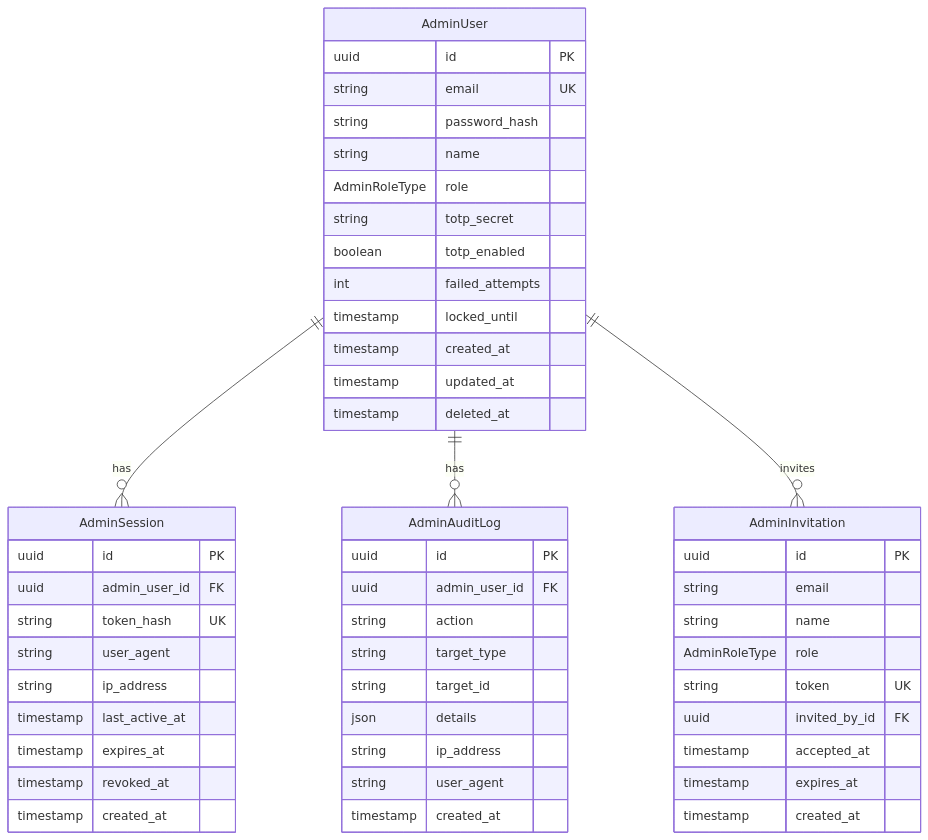
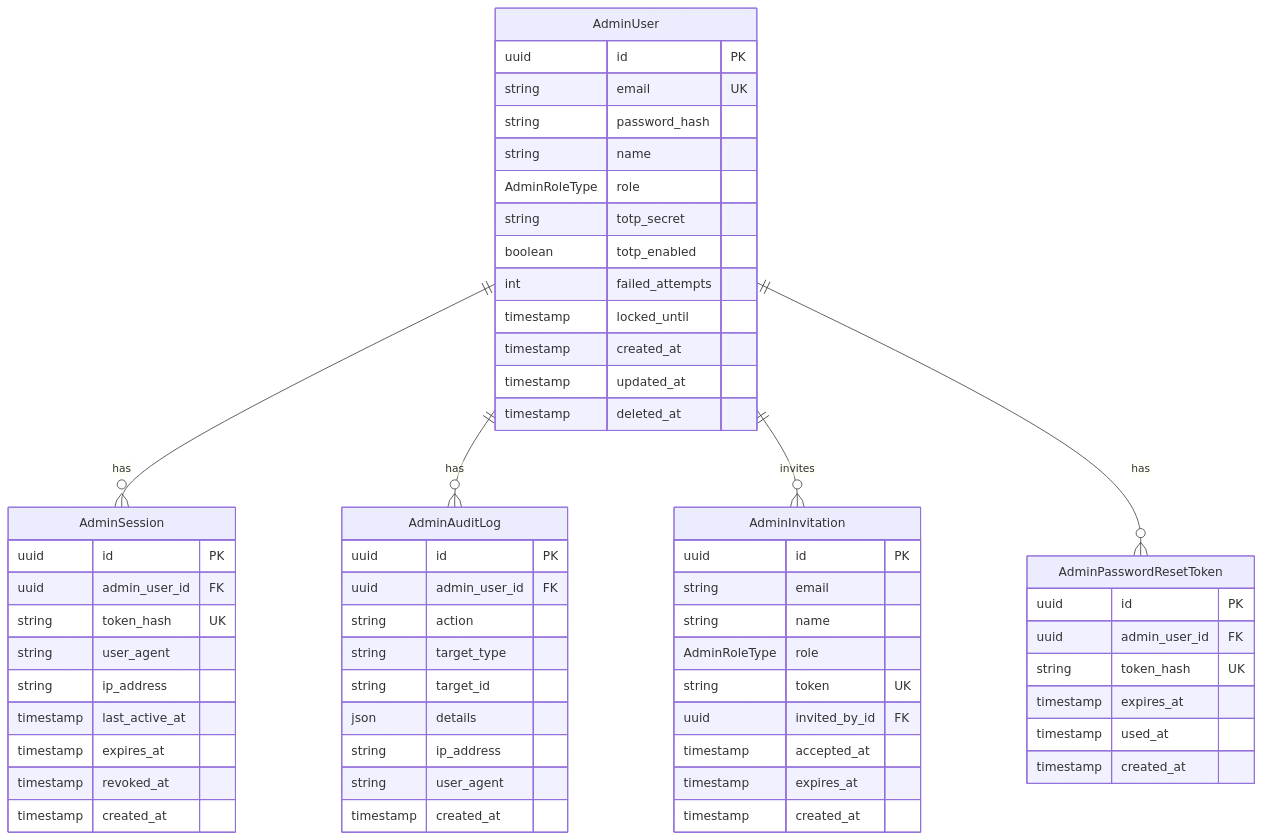
One commit to tsutsumi389/agentest changed the diagram in docs/architecture/database/admin-auth.md. Above: the diagram before and after it, drawn with Mermaid. The commit also changed other lines of this file and 16 other files, not shown here.

````diff
--- a/docs/architecture/database/admin-auth.md
+++ b/docs/architecture/database/admin-auth.md
@@ -196,57 +236,67 @@
 ```mermaid
 erDiagram
     AdminUser ||--o{ AdminSession : "has"
     AdminUser ||--o{ AdminAuditLog : "has"
     AdminUser ||--o{ AdminInvitation : "invites"
+    AdminUser ||--o{ AdminPasswordResetToken : "has"
 
     AdminUser {
         uuid id PK
         string email UK
         string password_hash
         string name
         AdminRoleType role
         string totp_secret
         boolean totp_enabled
         int failed_attempts
         timestamp locked_until
         timestamp created_at
         timestamp updated_at
         timestamp deleted_at
     }
 
     AdminSession {
         uuid id PK
         uuid admin_user_id FK
         string token_hash UK
         string user_agent
         string ip_address
         timestamp last_active_at
         timestamp expires_at
         timestamp revoked_at
         timestamp created_at
     }
 
     AdminAuditLog {
         uuid id PK
         uuid admin_user_id FK
         string action
         string target_type
         string target_id
         json details
         string ip_address
         string user_agent
         timestamp created_at
     }
 
     AdminInvitation {
         uuid id PK
         string email
         string name
         AdminRoleType role
         string token UK
         uuid invited_by_id FK
         timestamp accepted_at
         timestamp expires_at
         timestamp created_at
     }
+
+    AdminPasswordResetToken {
+        uuid id PK
+        uuid admin_user_id FK
+        string token_hash UK
+        timestamp expires_at
+        timestamp used_at
+        timestamp created_at
+    }
 ```
````
